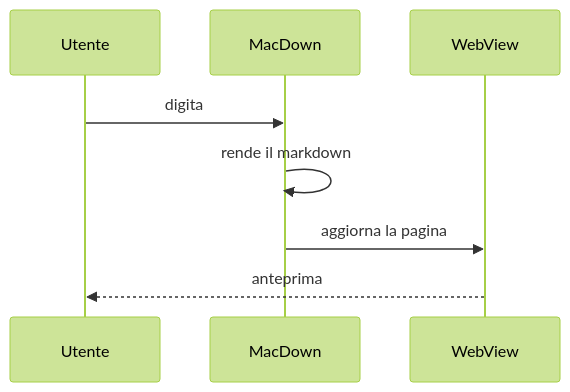
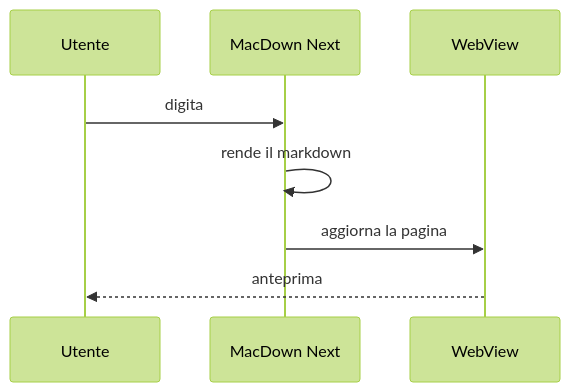
Before and after one commit to nicolorisitano82/macdown: the second of 7 diagrams in examples/02-mermaid.md, drawn with Mermaid (forest theme). The commit also changed 73 other files, not shown here.

First line of the commit message:
Rename the application to MacDown Next

````diff
--- a/examples/02-mermaid.md
+++ b/examples/02-mermaid.md
@@ -22,10 +22,10 @@
 ```mermaid
 sequenceDiagram
     participant U as Utente
-    participant M as MacDown
+    participant M as MacDown Next
     participant W as WebView
     U->>M: digita
     M->>M: rende il markdown
     M->>W: aggiorna la pagina
     W-->>U: anteprima
 ```
````
